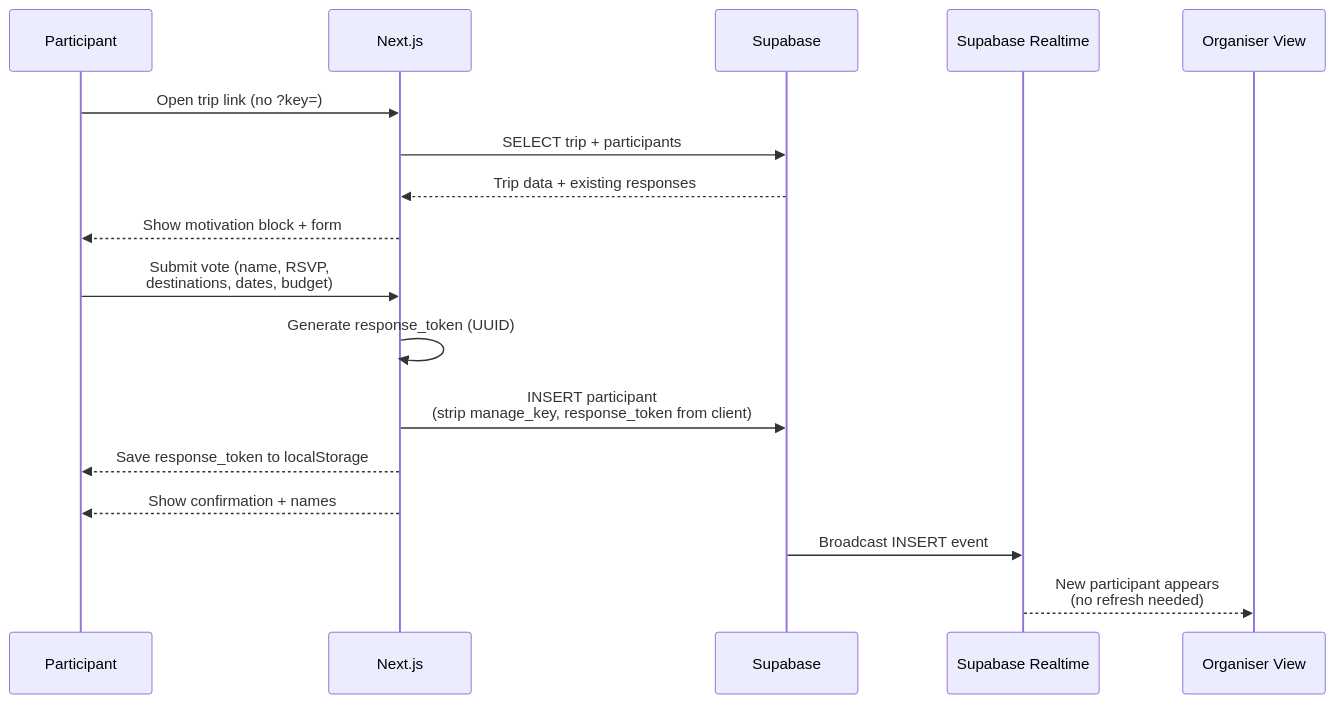
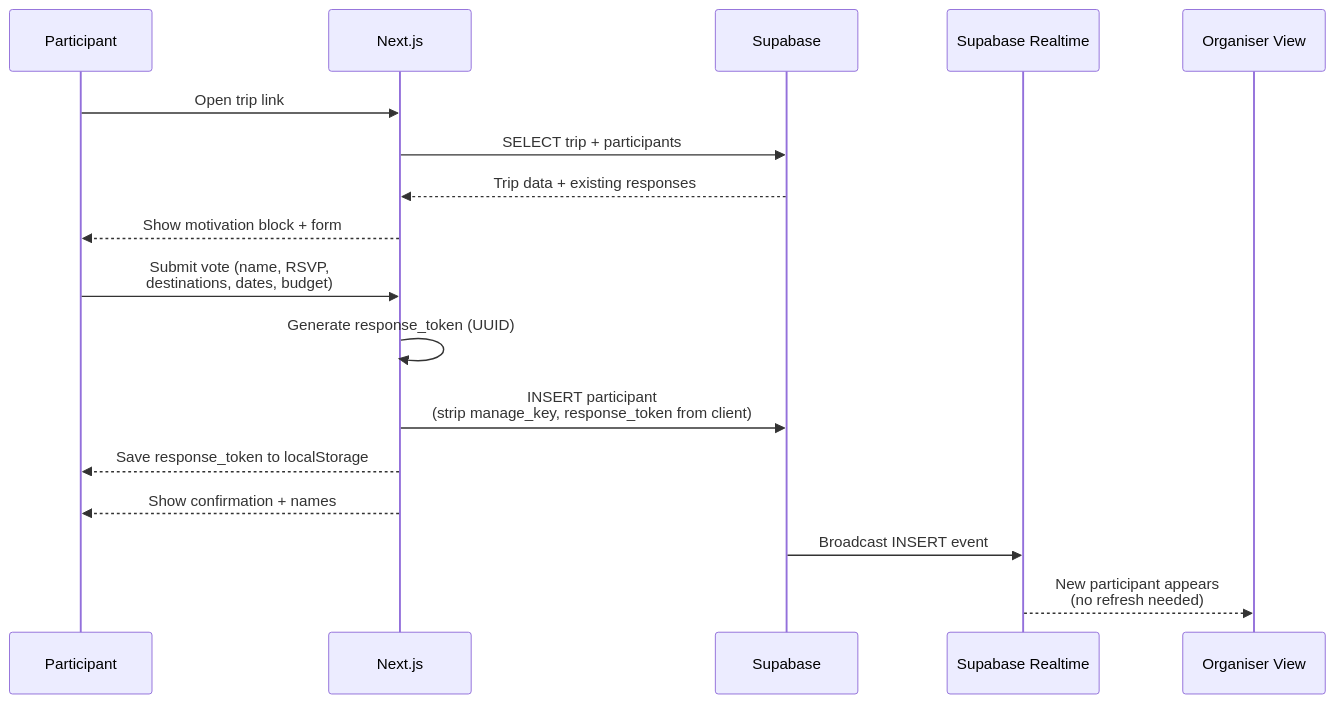
The seventh of 7 diagrams in PRD-diagrams.md (aditianapindi/Group-travel-planning), drawn with Mermaid before and after one commit. The commit also changed other lines of this file, not shown here.

First line of the commit message:
Update Mermaid diagrams to match current prototype

````diff
--- a/PRD-diagrams.md
+++ b/PRD-diagrams.md
@@ -197,20 +200,20 @@
 ```mermaid
 sequenceDiagram
     participant P as Participant
     participant App as Next.js
     participant DB as Supabase
     participant RT as Supabase Realtime
     participant O as Organiser View
 
-    P->>App: Open trip link (no ?key=)
+    P->>App: Open trip link
     App->>DB: SELECT trip + participants
     DB-->>App: Trip data + existing responses
     App-->>P: Show motivation block + form
     P->>App: Submit vote (name, RSVP,<br>destinations, dates, budget)
     App->>App: Generate response_token (UUID)
     App->>DB: INSERT participant<br>(strip manage_key, response_token from client)
     App-->>P: Save response_token to localStorage
     App-->>P: Show confirmation + names
     DB->>RT: Broadcast INSERT event
     RT-->>O: New participant appears<br>(no refresh needed)
 ```
````
